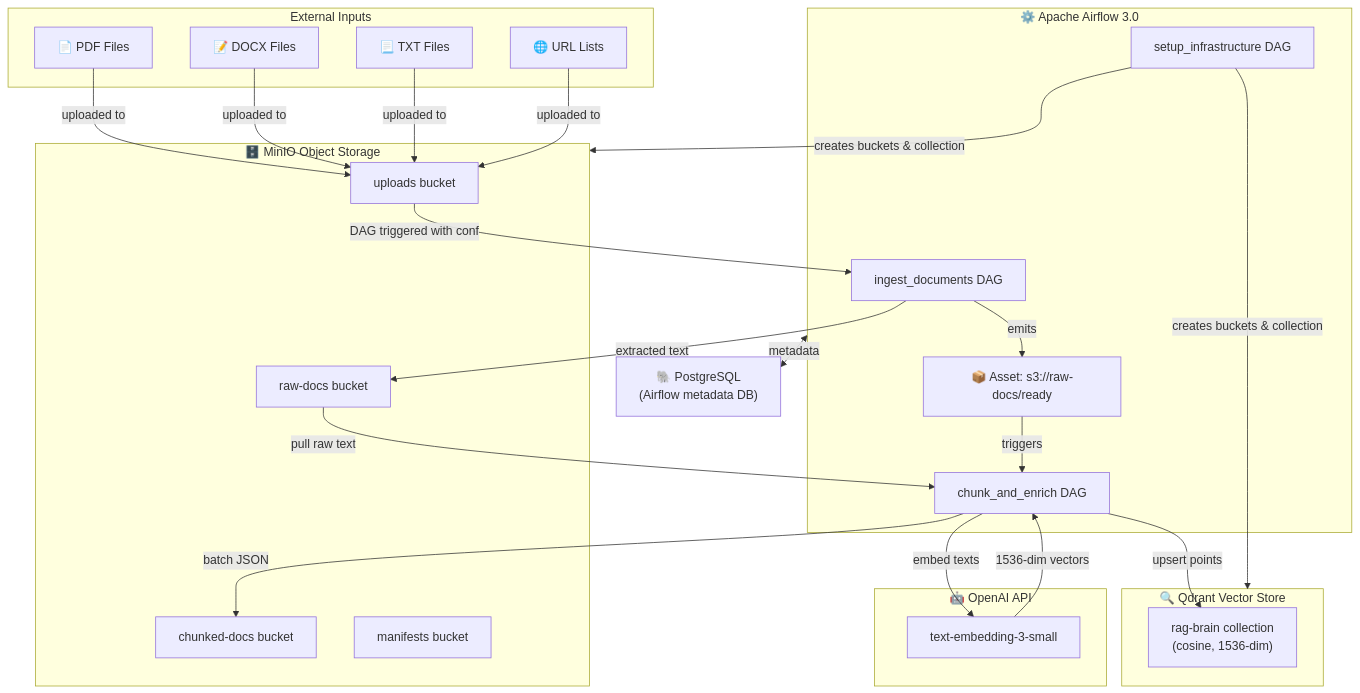
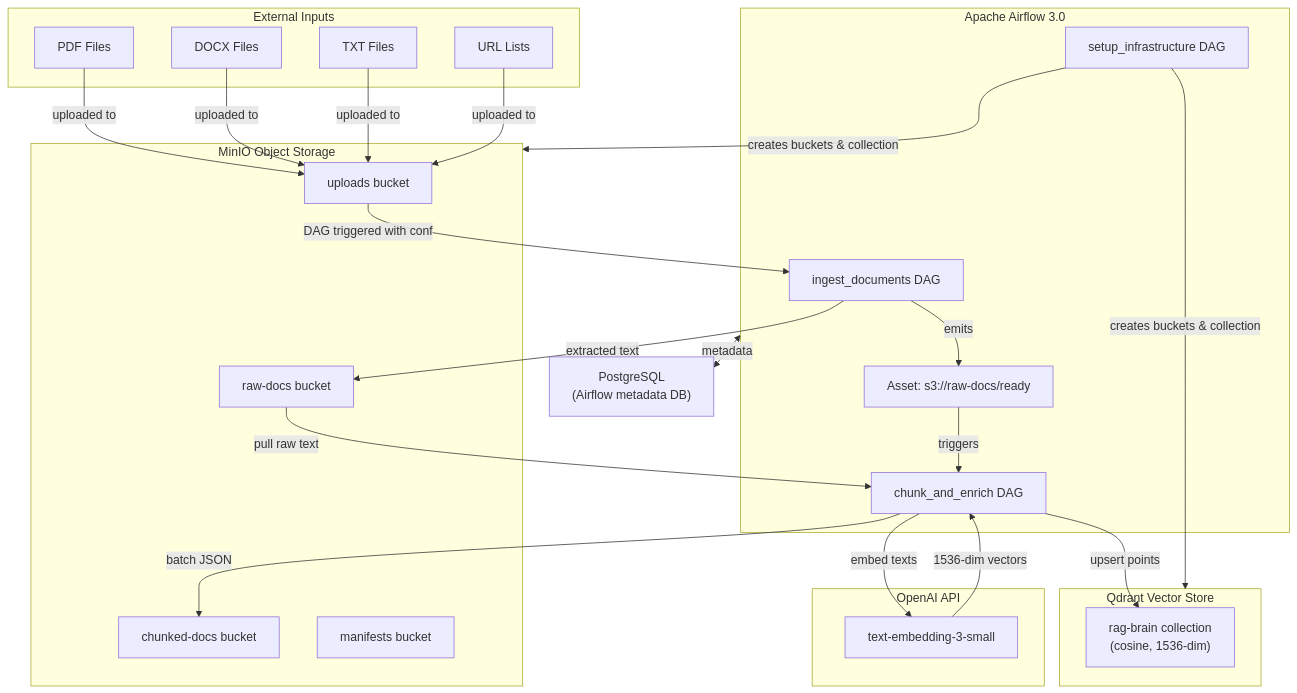
Before and after one commit to Udayreddy2608/RAGaaS: the first of 6 diagrams in README.md, drawn with Mermaid. The commit also changed other lines of this file, not shown here.

````diff
--- a/README.md
+++ b/README.md
@@ -78,46 +78,46 @@
 ```mermaid
 graph TB
     subgraph External["External Inputs"]
-        PDF["📄 PDF Files"]
-        DOCX["📝 DOCX Files"]
-        TXT["📃 TXT Files"]
-        URL["🌐 URL Lists"]
+        PDF["PDF Files"]
+        DOCX["DOCX Files"]
+        TXT["TXT Files"]
+        URL["URL Lists"]
     end
 
-    subgraph MinIO["🗄️ MinIO Object Storage"]
+    subgraph MinIO["MinIO Object Storage"]
         UB["uploads bucket"]
         RDB["raw-docs bucket"]
         CDB["chunked-docs bucket"]
         MB["manifests bucket"]
     end
 
-    subgraph Airflow["⚙️ Apache Airflow 3.0"]
+    subgraph Airflow["Apache Airflow 3.0"]
         INGEST["ingest_documents DAG"]
         CAE["chunk_and_enrich DAG"]
         INFRA["setup_infrastructure DAG"]
-        ASSET["📦 Asset: s3://raw-docs/ready"]
+        ASSET["Asset: s3://raw-docs/ready"]
     end
 
-    subgraph VectorDB["🔍 Qdrant Vector Store"]
+    subgraph VectorDB["Qdrant Vector Store"]
         COL["rag-brain collection\n(cosine, 1536-dim)"]
     end
 
-    subgraph AI["🤖 OpenAI API"]
+    subgraph AI["OpenAI API"]
         EMB["text-embedding-3-small"]
     end
 
-    PG["🐘 PostgreSQL\n(Airflow metadata DB)"]
+    PG["PostgreSQL\n(Airflow metadata DB)"]
 
     PDF & DOCX & TXT & URL -->|uploaded to| UB
     UB -->|DAG triggered with conf| INGEST
     INGEST -->|extracted text| RDB
     INGEST -->|emits| ASSET
     ASSET -->|triggers| CAE
     RDB -->|pull raw text| CAE
     CAE -->|batch JSON| CDB
     CAE -->|embed texts| EMB
     EMB -->|1536-dim vectors| CAE
     CAE -->|upsert points| COL
     INFRA -->|creates buckets & collection| MinIO & VectorDB
     Airflow <-->|metadata| PG
 ```
````
